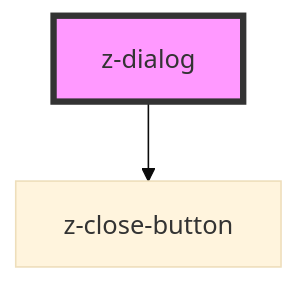
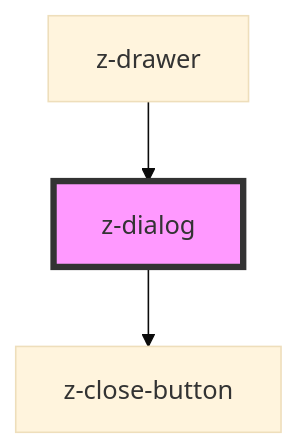
The diagram in packages/stencil-zero/src/components/z-dialog/readme.md (Audiotuete/zero), drawn with Mermaid (base theme) before and after one commit. The commit also changed other lines of this file and 6 other files, not shown here.

Commit message:
create: z-drawer and adjust required z-dialog

````diff
--- a/packages/stencil-zero/src/components/z-dialog/readme.md
+++ b/packages/stencil-zero/src/components/z-dialog/readme.md
@@ -38,5 +44,6 @@
 ```mermaid
 graph TD;
   z-dialog --> z-close-button
+  z-drawer --> z-dialog
   style z-dialog fill:#f9f,stroke:#333,stroke-width:4px
 ```
````
